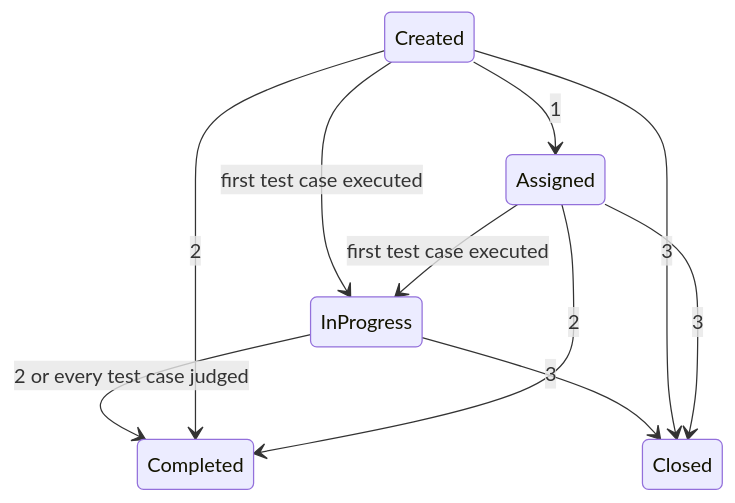
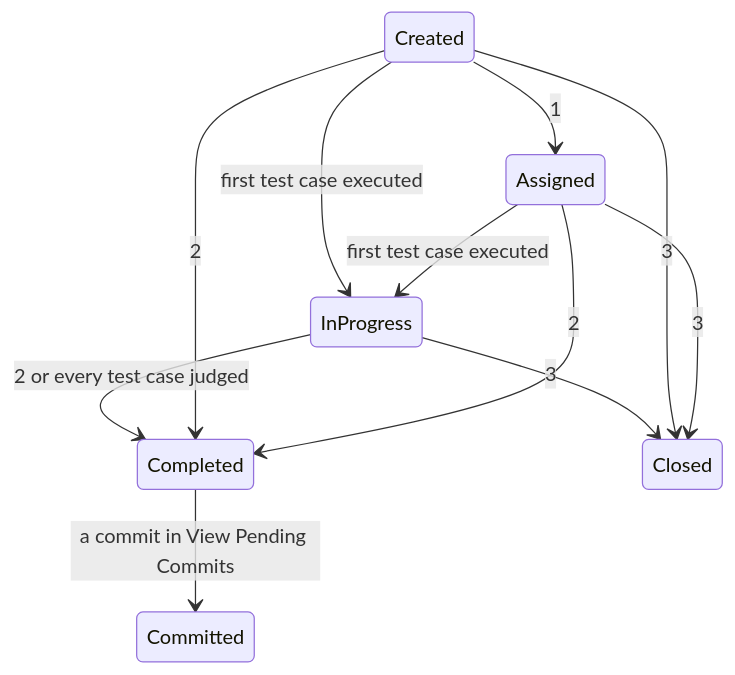
One commit to mtb550/test-in changed the second of 2 diagrams in docs/product.md. Above: the diagram before and after it, drawn with Mermaid. The commit also changed other lines of this file and 107 other files, not shown here.

````diff
--- a/docs/product.md
+++ b/docs/product.md
@@ -271,12 +276,13 @@
 ```mermaid
 stateDiagram-v2
     Created --> Assigned: 1
     Created --> InProgress: first test case executed
     Assigned --> InProgress: first test case executed
     InProgress --> Completed: 2 or every test case judged
     InProgress --> Closed: 3
     Created --> Completed: 2
     Created --> Closed: 3
     Assigned --> Completed: 2
     Assigned --> Closed: 3
+    Completed --> Committed: a commit in View Pending Commits
 ```
````
